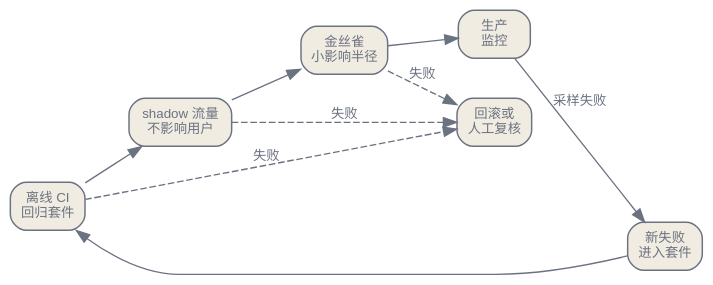
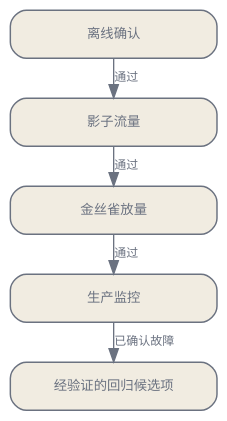
One commit to latere-ai/ai-as-an-infrastructure changed the diagram in zh/evaluation/07-operational-evaluation.qmd. Above: the diagram before and after it, drawn with Graphviz. The commit also changed other lines of this file and 4 other files, not shown here.

````diff
--- a/zh/evaluation/07-operational-evaluation.qmd
+++ b/zh/evaluation/07-operational-evaluation.qmd
@@ -24,23 +62,20 @@
 ```{dot}
 //| label: fig-operational-evaluation-gates
-//| fig-cap: "运营评测穿过越来越接近真实流量的门禁。每道门的影响半径和证据类型都不同：离线回归抓已知失败，shadow 流量抓集成失败，金丝雀抓用户分布失败，生产监控抓漂移。"
+//| fig-cap: "一次发布会依次经过四个证据阶段。任何阶段出现失败或证据不足，候选版本都会被暂缓或回滚。经确认的生产故障先成为私有套件的候选项，经过审查后才会正式进入套件。"
 digraph {
   bgcolor="transparent";
-  rankdir=LR;
-  nodesep=0.35; ranksep=0.45;
-  node [shape=box, style="rounded,filled", fontname="Helvetica", fontsize=10, color="#6b7280", fontcolor="#6b7280", fillcolor="#f1ece1", penwidth=1.1];
-  edge [fontsize=10, fontname="Helvetica", color="#6b7280", fontcolor="#6b7280"];
-  CI [label="离线 CI\n回归套件"];
-  SH [label="shadow 流量\n不影响用户"];
-  CA [label="金丝雀\n小影响半径"];
-  PR [label="生产\n监控"];
-  RB [label="回滚或\n人工复核"];
-  DS [label="新失败\n进入套件"];
-  CI -> SH -> CA -> PR;
-  CI -> RB [label="失败", style=dashed];
-  SH -> RB [label="失败", style=dashed];
-  CA -> RB [label="失败", style=dashed];
-  PR -> DS [label="采样失败"];
-  DS -> CI;
+  rankdir=TB;
+  nodesep=0.24; ranksep=0.28;
+  node [shape=box, style="rounded,filled", fontname="Helvetica", fontsize=10, color="#6b7280", fontcolor="#6b7280", fillcolor="#f1ece1", penwidth=1.1, width=2.15];
+  edge [fontsize=9, fontname="Helvetica", color="#6b7280", fontcolor="#6b7280"];
+  OFF [label="离线确认"];
+  SH [label="影子流量"];
+  CAN [label="金丝雀放量"];
+  MON [label="生产监控"];
+  IN [label="经验证的回归候选项"];
+  OFF -> SH [label="通过"];
+  SH -> CAN [label="通过"];
+  CAN -> MON [label="通过"];
+  MON -> IN [label="已确认故障"];
 }
 ```
````
